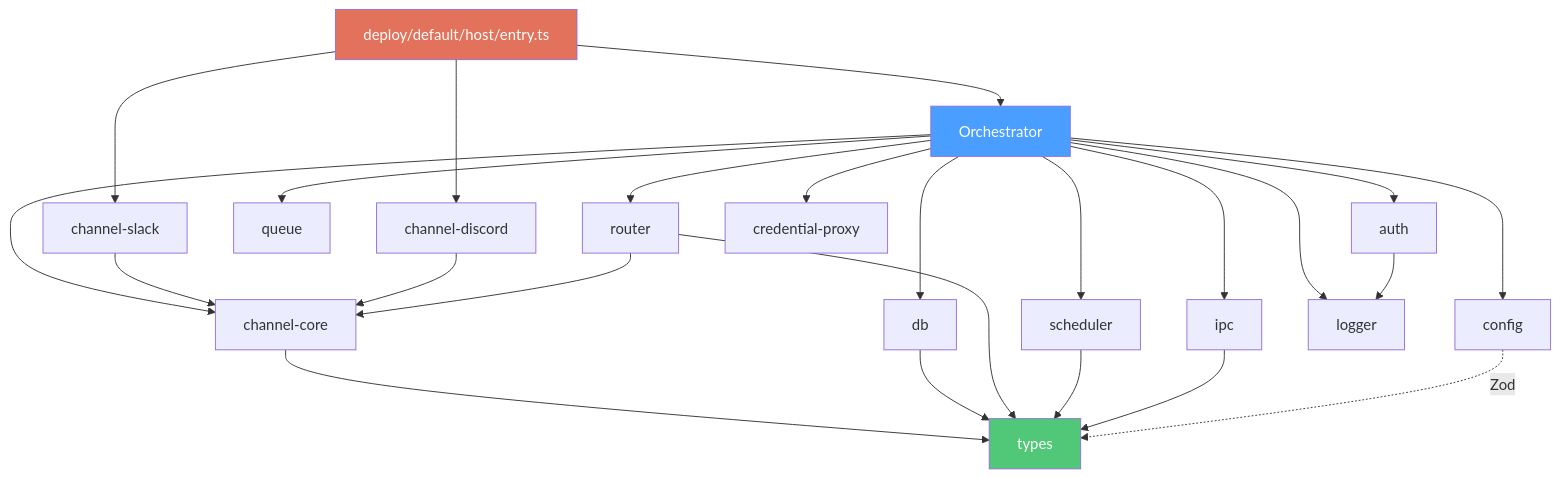
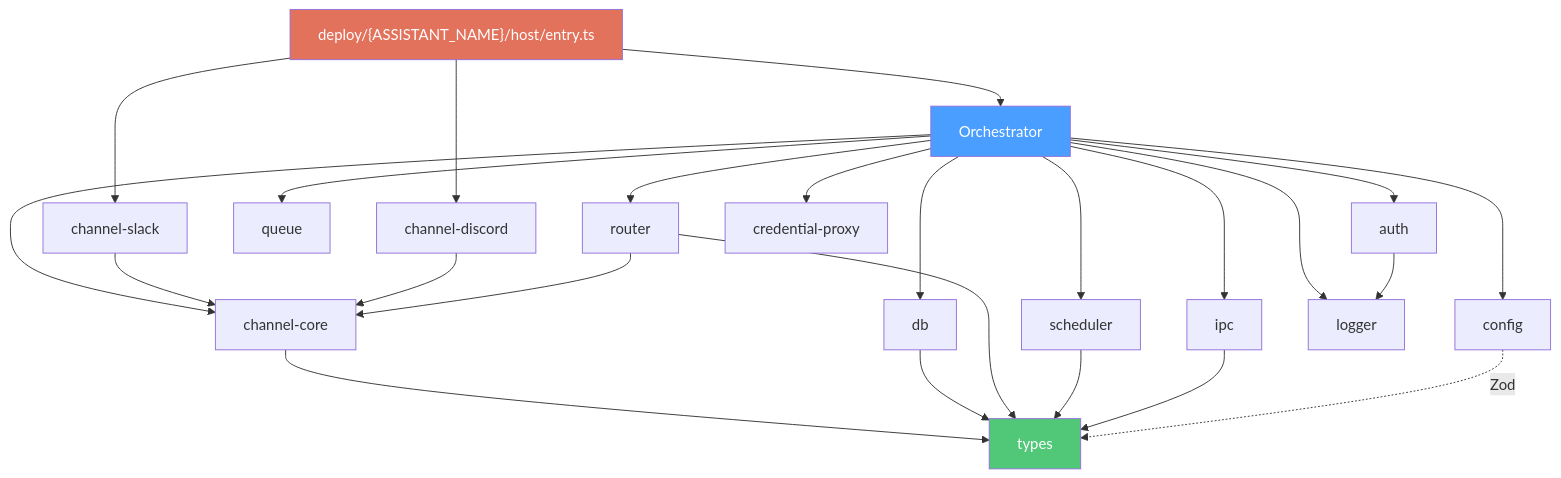
The third of 3 diagrams in docs/architecture.md (yukihirop/nagi), drawn with Mermaid before and after one commit. The commit also changed other lines of this file and 43 other files, not shown here.

````diff
--- a/docs/architecture.md
+++ b/docs/architecture.md
@@ -74,33 +74,33 @@
 ```mermaid
 graph TD
-    Entry["deploy/default/host/entry.ts"] --> Orchestrator
+    Entry["deploy/{ASSISTANT_NAME}/host/entry.ts"] --> Orchestrator
     Entry --> ChannelSlack["channel-slack"]
     Entry --> ChannelDiscord["channel-discord"]
 
     Orchestrator --> ChannelCore["channel-core"]
     Orchestrator --> DB["db"]
     Orchestrator --> Queue["queue"]
     Orchestrator --> Scheduler["scheduler"]
     Orchestrator --> IPC["ipc"]
     Orchestrator --> Router["router"]
     Orchestrator --> Auth["auth"]
     Orchestrator --> Config["config"]
     Orchestrator --> Logger["logger"]
     Orchestrator --> CredProxy["credential-proxy"]
 
     ChannelSlack --> ChannelCore
     ChannelDiscord --> ChannelCore
     ChannelCore --> Types["types"]
 
     DB --> Types
     Router --> Types
     Router --> ChannelCore
     Scheduler --> Types
     IPC --> Types
     Auth --> Logger
     Config -.->|Zod| Types
 
     style Entry fill:#e2725b,color:#fff
     style Orchestrator fill:#4a9eff,color:#fff
     style Types fill:#50c878,color:#fff
 ```
````
